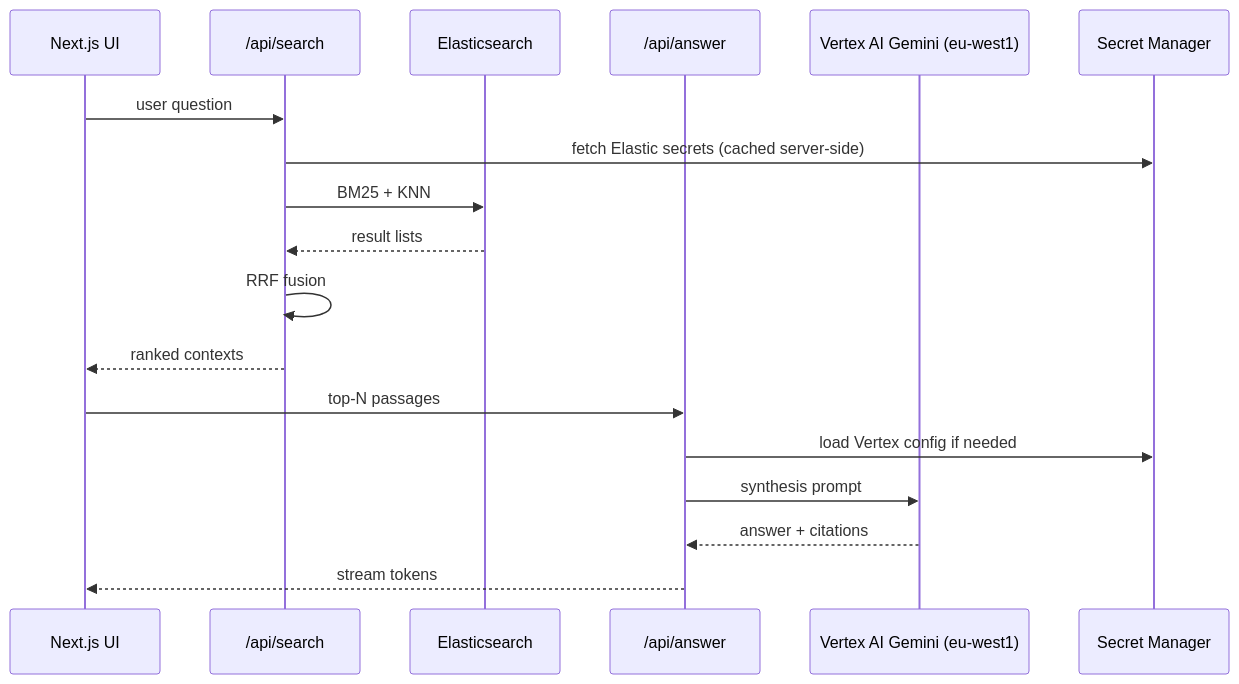
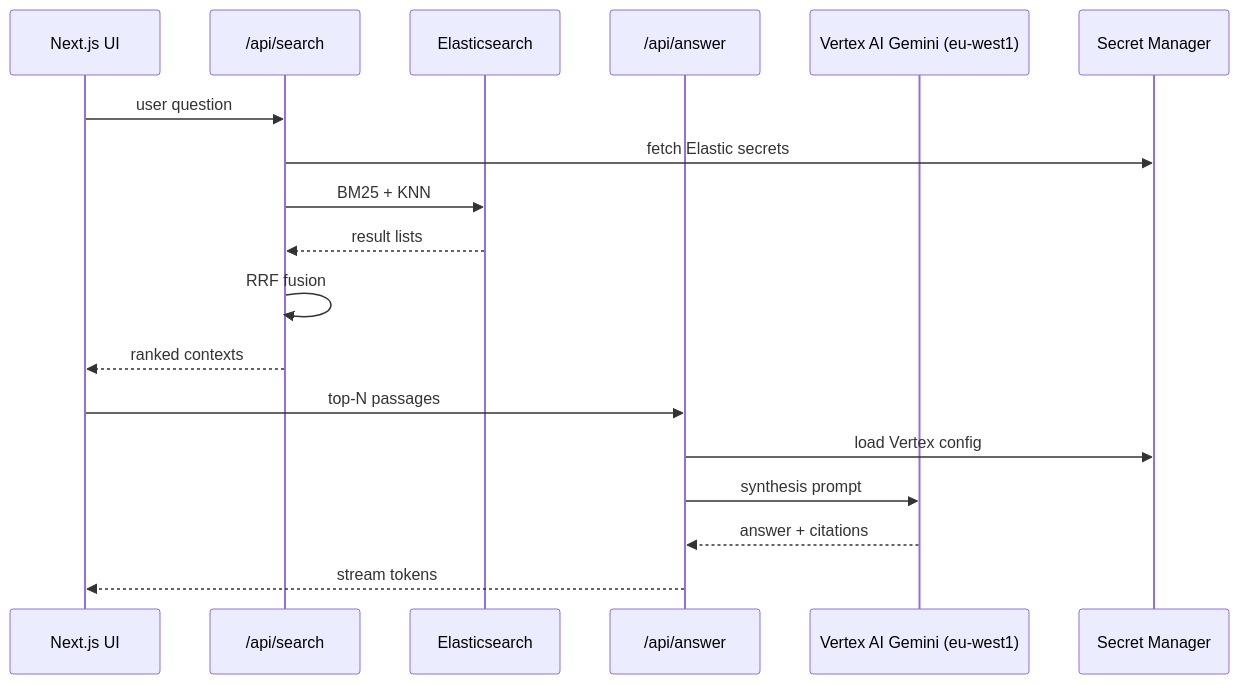
One commit to pixjobs/mindsieve changed the third of 3 diagrams in README.md. Above: the diagram before and after it, drawn with Mermaid. The commit also changed other lines of this file, not shown here.

````diff
--- a/README.md
+++ b/README.md
@@ -65,21 +41,21 @@
 ```mermaid
 sequenceDiagram
   participant UI as Next.js UI
   participant Search as /api/search
   participant ES as Elasticsearch
   participant Answer as /api/answer
   participant Gemini as Vertex AI Gemini (eu-west1)
   participant SM as Secret Manager
 
   UI->>Search: user question
-  Search->>SM: fetch Elastic secrets (cached server-side)
+  Search->>SM: fetch Elastic secrets
   Search->>ES: BM25 + KNN
   ES-->>Search: result lists
   Search->>Search: RRF fusion
   Search-->>UI: ranked contexts
   UI->>Answer: top-N passages
-  Answer->>SM: load Vertex config if needed
+  Answer->>SM: load Vertex config
   Answer->>Gemini: synthesis prompt
   Gemini-->>Answer: answer + citations
   Answer-->>UI: stream tokens
 ```
````
